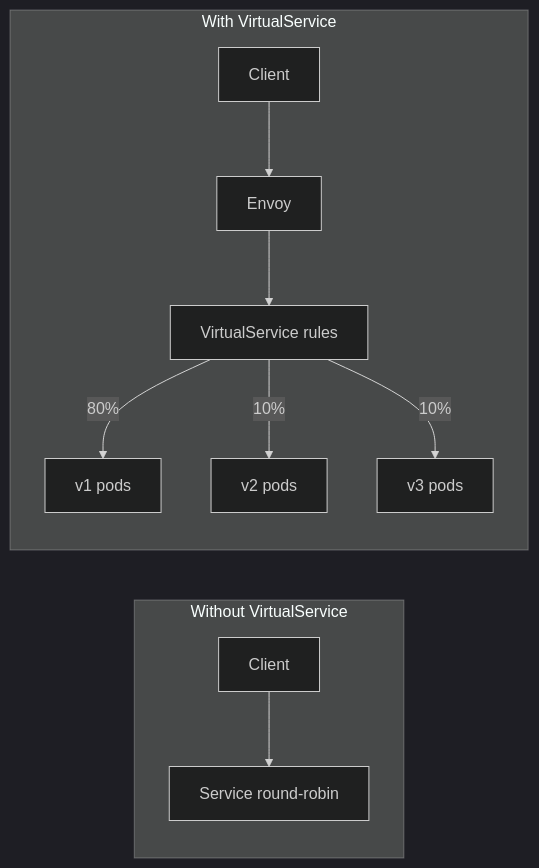
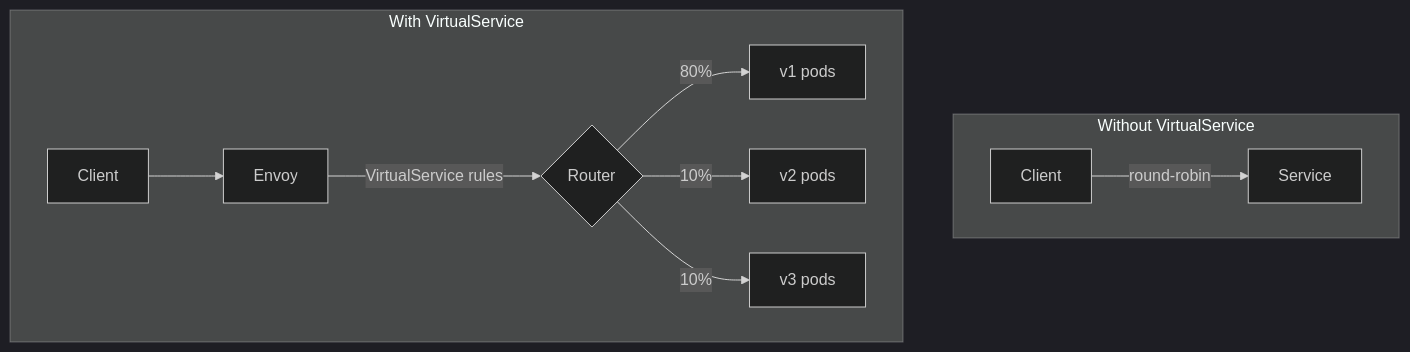
The first of 3 diagrams in src/content/docs/k8s/ica/module-1.2-istio-traffic-management.md (krisztiankoos/kubedojo), drawn with Mermaid (dark theme) before and after one commit. The commit also changed other lines of this file, not shown here.

````diff
--- a/src/content/docs/k8s/ica/module-1.2-istio-traffic-management.md
+++ b/src/content/docs/k8s/ica/module-1.2-istio-traffic-management.md
@@ -119,13 +103,13 @@
 ```mermaid
-flowchart LR
+flowchart TD
     subgraph Without VirtualService
-        C1[Client] --> S[Service round-robin]
+        C1[Client] -->|round-robin| S1[Service]
     end
     subgraph With VirtualService
         C2[Client] --> E[Envoy]
-        E --> VS[VirtualService rules]
-        VS -- 80% --> V1[v1 pods]
-        VS -- 10% --> V2[v2 pods]
-        VS -- 10% --> V3[v3 pods]
+        E -->|VirtualService rules| R{Router}
+        R -->|80%| P1[v1 pods]
+        R -->|10%| P2[v2 pods]
+        R -->|10%| P3[v3 pods]
     end
 ```
````
